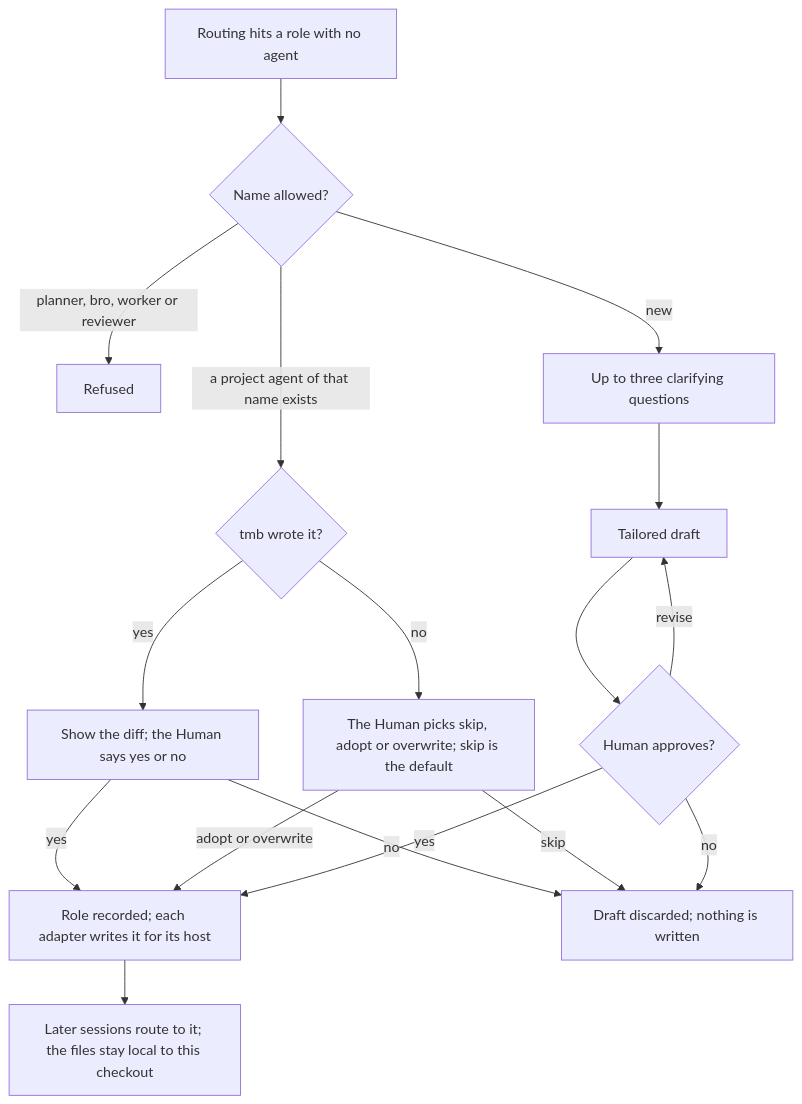
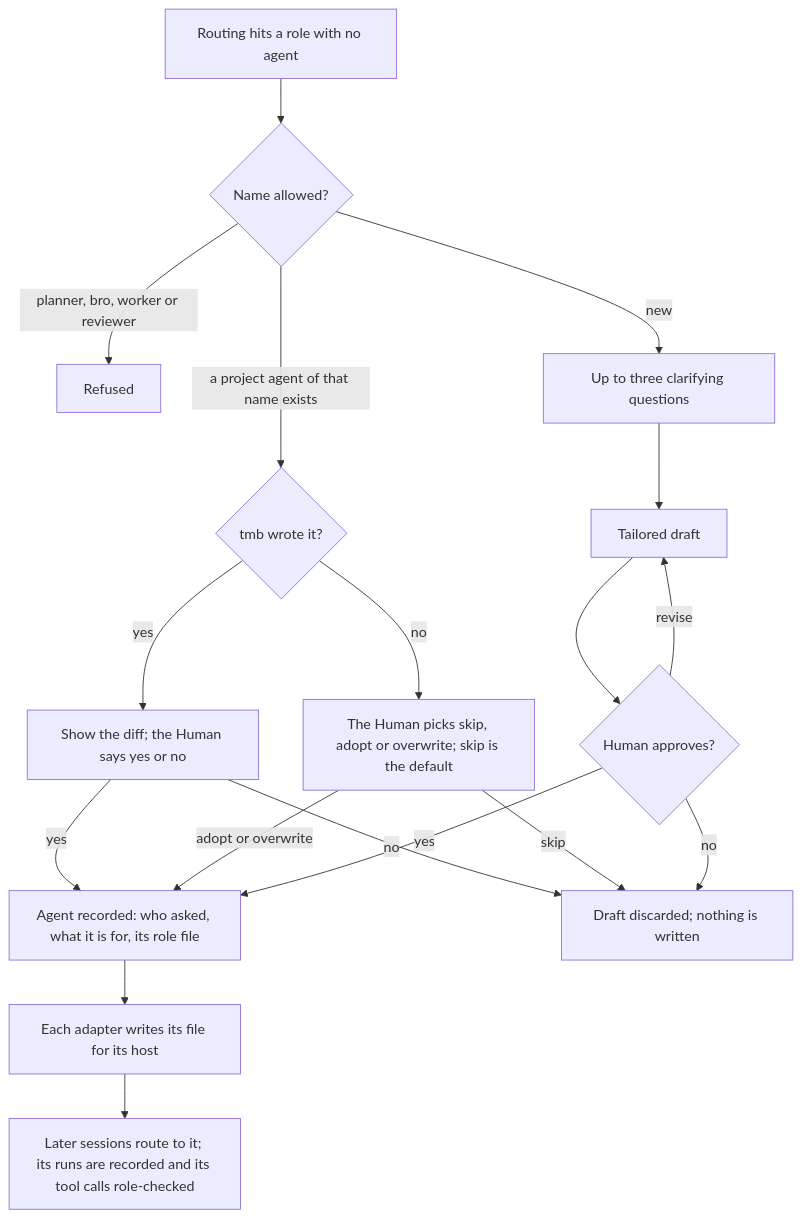
One commit to trustmybot/tmb changed the second of 6 diagrams in docs/architecture/EXTENDING.md. Above: the diagram before and after it, drawn with Mermaid. The commit also changed other lines of this file and 18 other files, not shown here.

````diff
--- a/docs/architecture/EXTENDING.md
+++ b/docs/architecture/EXTENDING.md
@@ -11,19 +46,20 @@
 ```mermaid
 flowchart TD
     A[Routing hits a role with no agent] --> B{Name allowed?}
     B -- "planner, bro, worker or reviewer" --> X[Refused]
     B -- a project agent of that name exists --> T{tmb wrote it?}
     T -- yes --> U["Show the diff; the Human says yes or no"]
     T -- no --> V["The Human picks skip, adopt or overwrite; skip is the default"]
     U -- yes --> W
     V -- adopt or overwrite --> W
     U -- no --> Z
     V -- skip --> Z
     B -- new --> Q[Up to three clarifying questions]
     Q --> D[Tailored draft]
     D --> H{Human approves?}
     H -- revise --> D
     H -- no --> Z["Draft discarded; nothing is written"]
-    H -- yes --> W[Role recorded; each adapter writes it for its host]
-    W --> R["Later sessions route to it; the files stay local to this checkout"]
+    H -- yes --> W["Agent recorded: who asked, what it is for, its role file"]
+    W --> P[Each adapter writes its file for its host]
+    P --> R["Later sessions route to it; its runs are recorded and its tool calls role-checked"]
 ```
````
